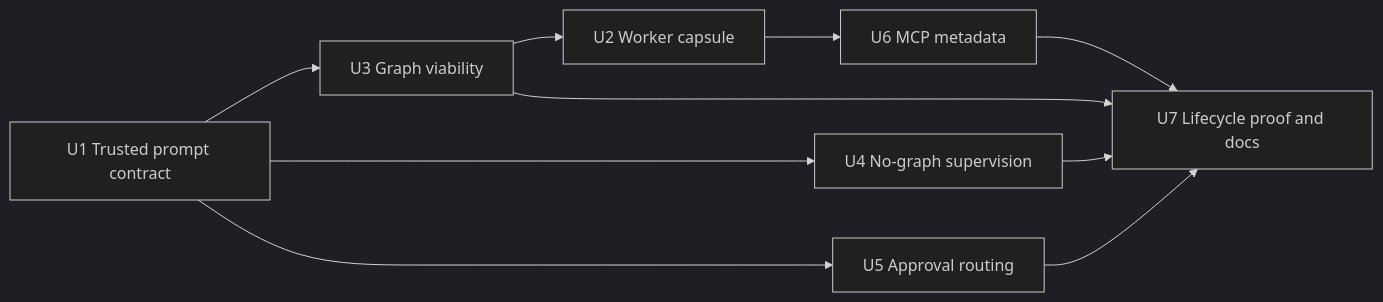
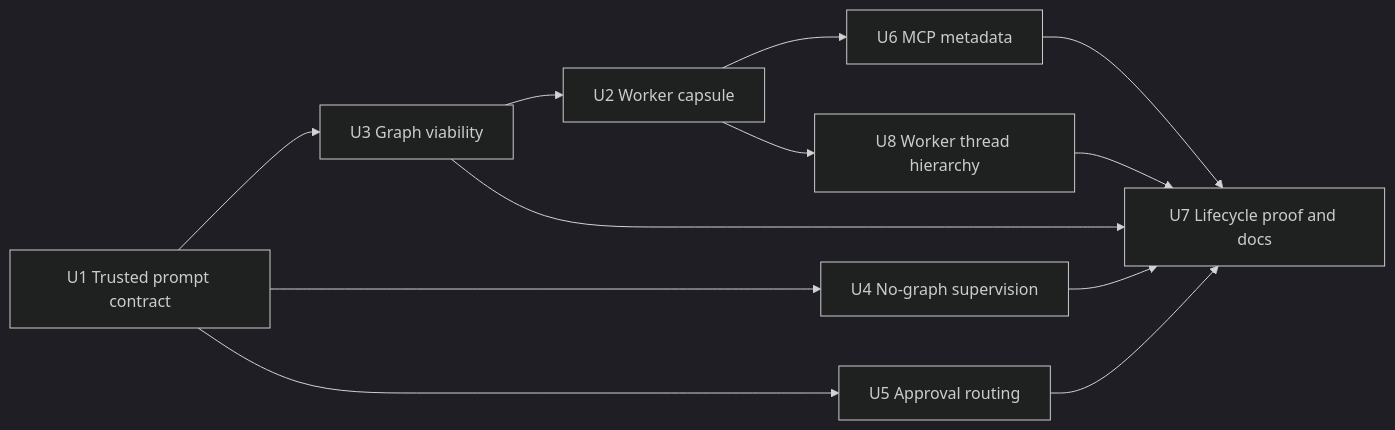
One commit to royalaid/t3code changed the third of 3 diagrams in docs/plans/2026-07-13-001-goal-root-lead-execution-contract-plan.md. Above: the diagram before and after it, drawn with Mermaid (dark theme). The commit also changed other lines of this file and 33 other files, not shown here.

````diff
--- a/docs/plans/2026-07-13-001-goal-root-lead-execution-contract-plan.md
+++ b/docs/plans/2026-07-13-001-goal-root-lead-execution-contract-plan.md
@@ -363,12 +381,14 @@
 ```mermaid
 flowchart LR
   U1["U1 Trusted prompt contract"] --> U3["U3 Graph viability"]
   U3 --> U2["U2 Worker capsule"]
   U1 --> U4["U4 No-graph supervision"]
   U1 --> U5["U5 Approval routing"]
   U2 --> U6["U6 MCP metadata"]
+  U2 --> U8["U8 Worker thread hierarchy"]
   U3 --> U7["U7 Lifecycle proof and docs"]
   U4 --> U7
   U5 --> U7
   U6 --> U7
+  U8 --> U7
 ```
````
